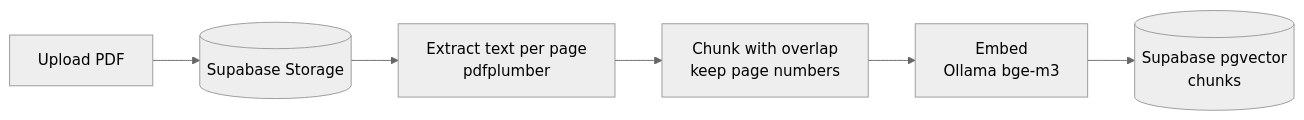
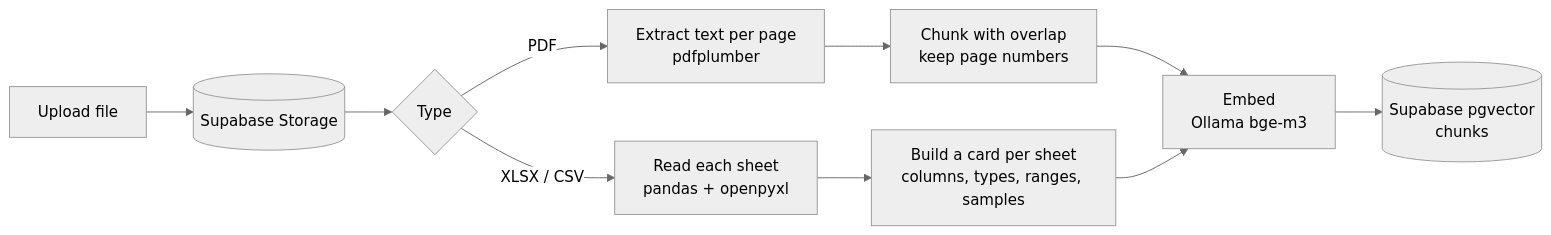
Before and after one commit to matheusmqm/pdf-ai-analyzer: the first of 3 diagrams in README.md, drawn with Mermaid (neutral theme). The commit also changed other lines of this file and 10 other files, not shown here.

````diff
--- a/README.md
+++ b/README.md
@@ -32,8 +74,12 @@
 ```mermaid
 flowchart LR
-    U[Upload PDF] --> S[(Supabase Storage)]
-    S --> P[Extract text per page<br/>pdfplumber]
+    U[Upload file] --> S[(Supabase Storage)]
+    S --> T{Type}
+    T -- PDF --> P[Extract text per page<br/>pdfplumber]
     P --> C[Chunk with overlap<br/>keep page numbers]
+    T -- XLSX / CSV --> X[Read each sheet<br/>pandas + openpyxl]
+    X --> K[Build a card per sheet<br/>columns, types, ranges, samples]
     C --> E[Embed<br/>Ollama bge-m3]
+    K --> E
     E --> V[(Supabase pgvector<br/>chunks)]
 ```
````
